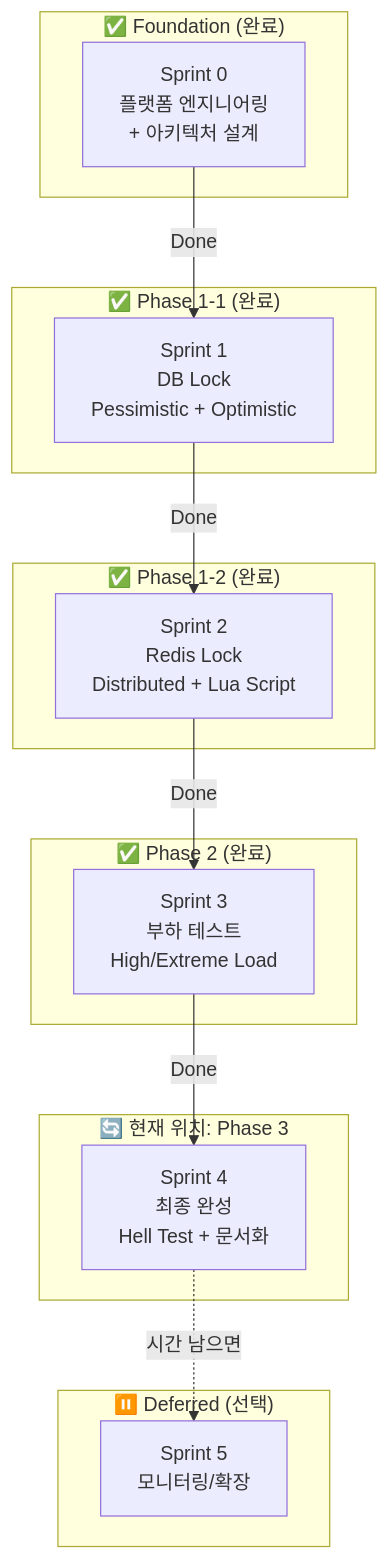
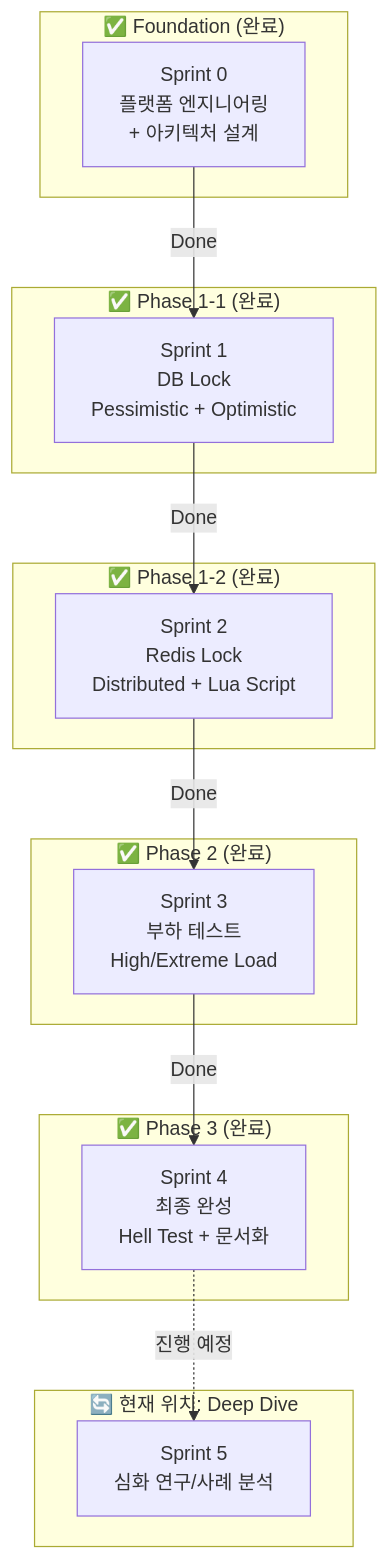
The first of 2 diagrams in docs/planning/how-diagram.md (JuJin1324/concurrency-control-poc), drawn with Mermaid before and after one commit. The commit also changed other lines of this file and 1 other file, not shown here.

Commit message:
docs: Sprint 4 최종 완료 및 마스터 플랜 업데이트 (Sprint 5 유지)

````diff
--- a/docs/planning/how-diagram.md
+++ b/docs/planning/how-diagram.md
@@ -27,32 +28,32 @@
 ```mermaid
 flowchart TD
     subgraph Foundation["✅ Foundation (완료)"]
         S0[Sprint 0<br/>플랫폼 엔지니어링<br/>+ 아키텍처 설계]
     end
 
     subgraph Phase1Done["✅ Phase 1-1 (완료)"]
         S1[Sprint 1<br/>DB Lock<br/>Pessimistic + Optimistic]
     end
 
     subgraph Phase1Done2["✅ Phase 1-2 (완료)"]
         S2[Sprint 2<br/>Redis Lock<br/>Distributed + Lua Script]
     end
 
     subgraph Phase2Done["✅ Phase 2 (완료)"]
         S3[Sprint 3<br/>부하 테스트<br/>High/Extreme Load]
     end
 
-    subgraph Current["🔄 현재 위치: Phase 3"]
+    subgraph Phase3Done["✅ Phase 3 (완료)"]
         S4[Sprint 4<br/>최종 완성<br/>Hell Test + 문서화]
     end
 
-    subgraph Deferred["⏸️ Deferred (선택)"]
-        S5[Sprint 5<br/>모니터링/확장]
+    subgraph Current["🔄 현재 위치: Deep Dive"]
+        S5[Sprint 5<br/>심화 연구/사례 분석]
     end
 
     S0 -->|Done| S1
     S1 -->|Done| S2
     S2 -->|Done| S3
     S3 -->|Done| S4
-    S4 -.->|시간 남으면| S5
+    S4 -.->|진행 예정| S5
 ```
````
